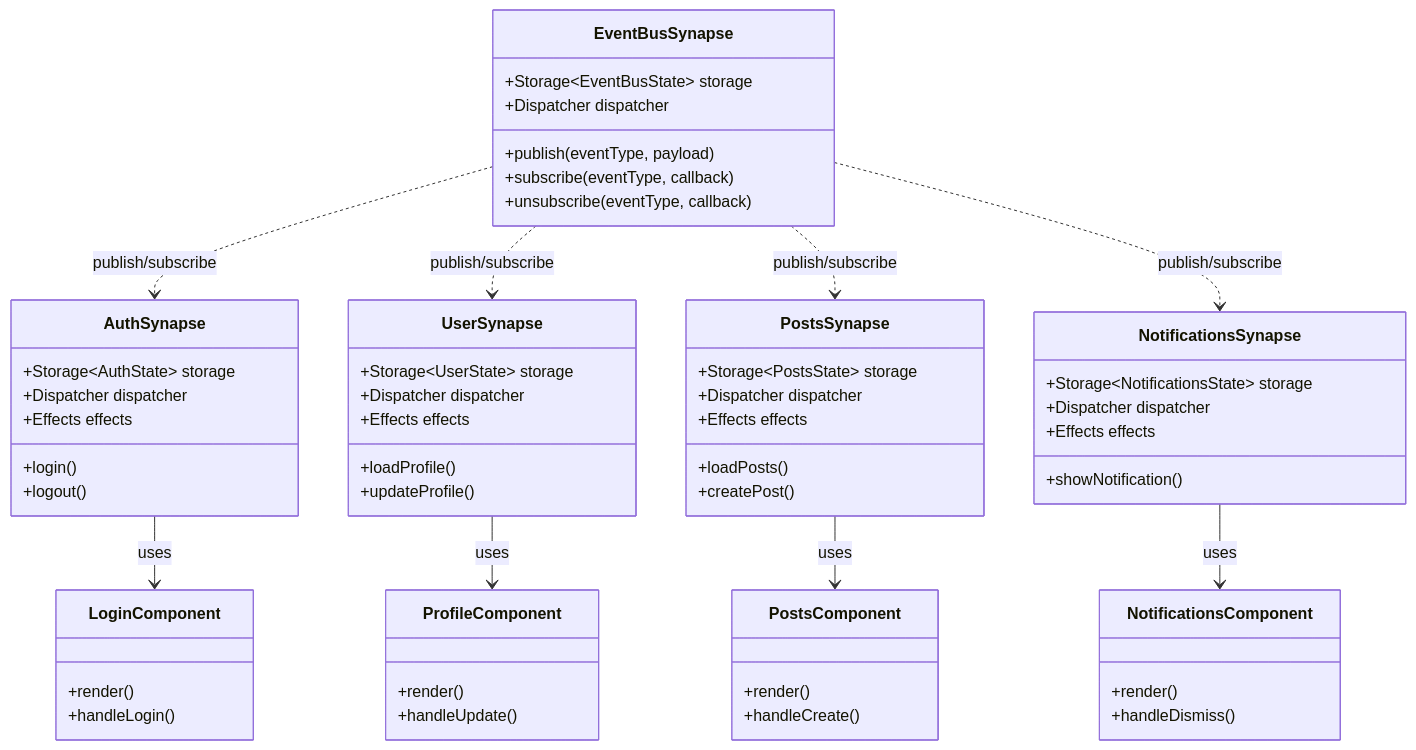
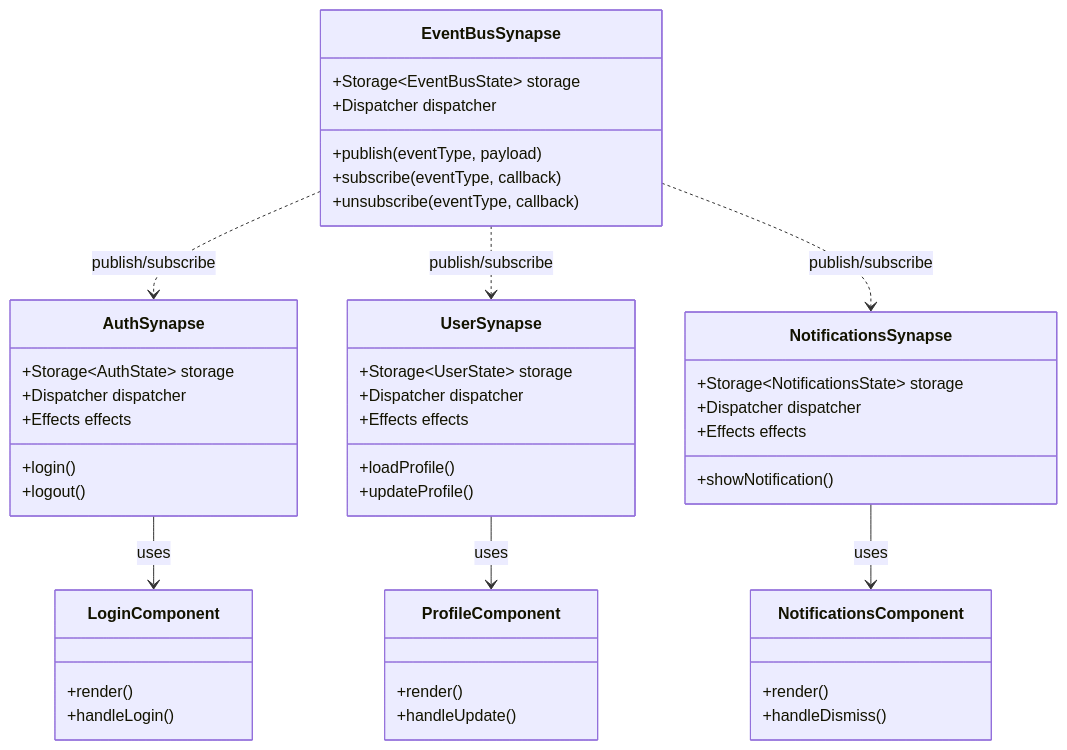
Before and after one commit to Vlad92msk/synapse-homepage: the second of 2 diagrams in docs/en/create-synapse.md, drawn with Mermaid. The commit also changed 8 other files, not shown here.

````diff
--- a/docs/en/create-synapse.md
+++ b/docs/en/create-synapse.md
@@ -352,71 +352,59 @@
 ```mermaid
 classDiagram
     class EventBusSynapse {
         +Storage~EventBusState~ storage
         +Dispatcher dispatcher
         +publish(eventType, payload)
         +subscribe(eventType, callback)
         +unsubscribe(eventType, callback)
     }
-    
+
     class AuthSynapse {
         +Storage~AuthState~ storage
         +Dispatcher dispatcher
         +Effects effects
         +login()
         +logout()
     }
-    
+
     class UserSynapse {
         +Storage~UserState~ storage
         +Dispatcher dispatcher
         +Effects effects
         +loadProfile()
         +updateProfile()
     }
-    
-    class PostsSynapse {
-        +Storage~PostsState~ storage
-        +Dispatcher dispatcher
-        +Effects effects
-        +loadPosts()
-        +createPost()
-    }
-    
+
+
+
     class NotificationsSynapse {
         +Storage~NotificationsState~ storage
         +Dispatcher dispatcher
         +Effects effects
         +showNotification()
     }
-    
+
     class LoginComponent {
         +render()
         +handleLogin()
     }
-    
+
     class ProfileComponent {
         +render()
         +handleUpdate()
     }
-    
-    class PostsComponent {
-        +render()
-        +handleCreate()
-    }
-    
+
+
     class NotificationsComponent {
         +render()
         +handleDismiss()
     }
-    
+
     EventBusSynapse ..> AuthSynapse : publish/subscribe
     EventBusSynapse ..> UserSynapse : publish/subscribe
-    EventBusSynapse ..> PostsSynapse : publish/subscribe
     EventBusSynapse ..> NotificationsSynapse : publish/subscribe
-    
+
     AuthSynapse --> LoginComponent : uses
     UserSynapse --> ProfileComponent : uses
-    PostsSynapse --> PostsComponent : uses
     NotificationsSynapse --> NotificationsComponent : uses
 ```
````
